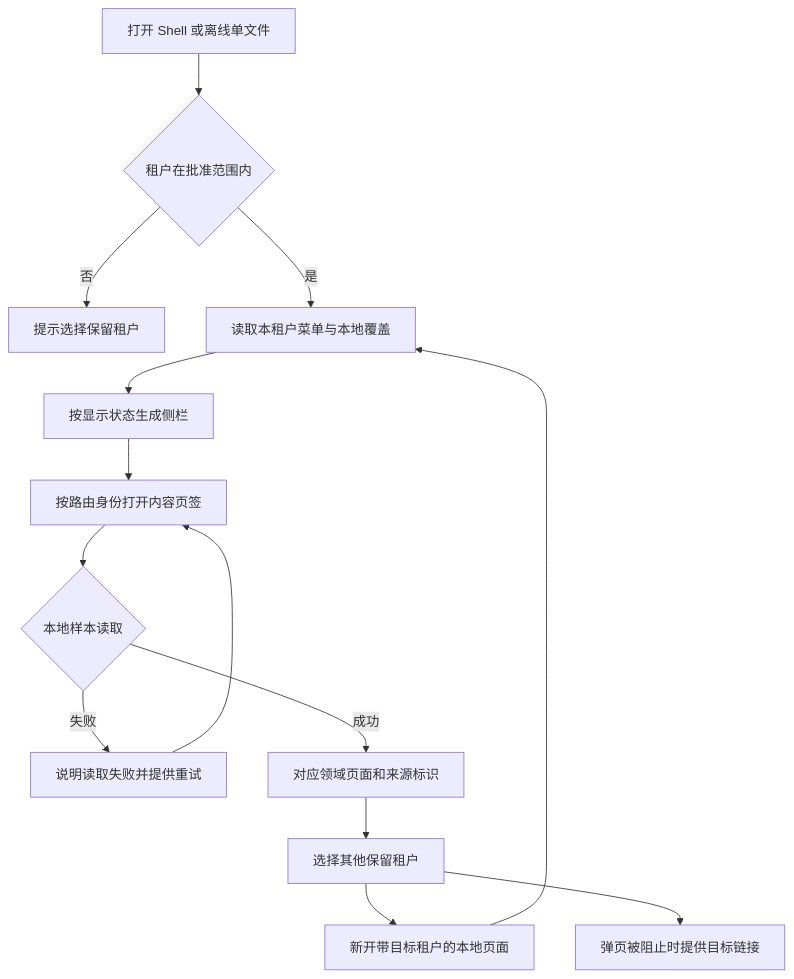
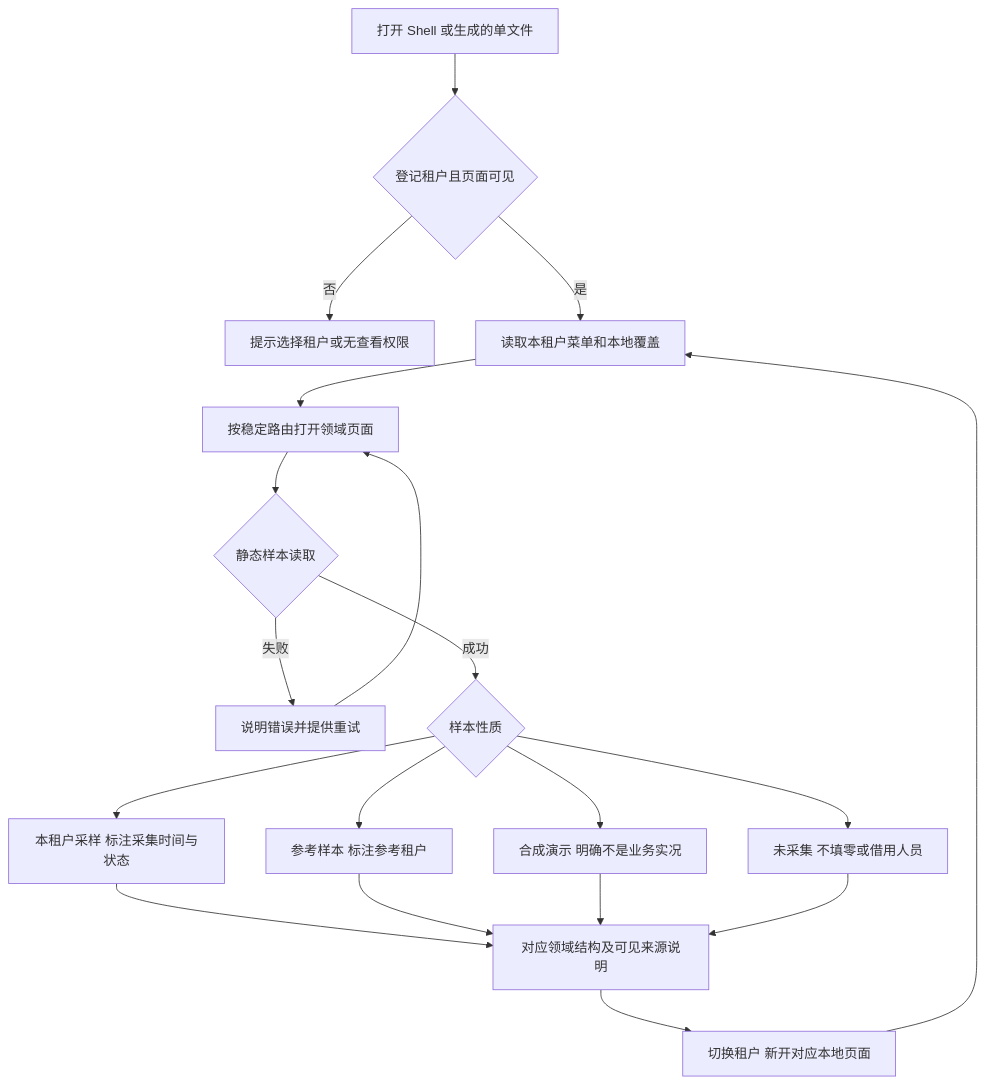
Before and after one commit to xfang9528-glitch/suiyin-admin: the first of 7 diagrams in flowcharts/admin-live-reference.md, drawn with Mermaid. The commit also changed other lines of this file and 195 other files, not shown here.

````diff
--- a/flowcharts/admin-live-reference.md
+++ b/flowcharts/admin-live-reference.md
@@ -7,16 +7,21 @@
 ```mermaid
 flowchart TD
-    Start[打开 Shell 或离线单文件] --> Tenant{租户在批准范围内}
-    Tenant -->|否| Denied[提示选择保留租户]
-    Tenant -->|是| Config[读取本租户菜单与本地覆盖]
-    Config --> Visible[按显示状态生成侧栏]
-    Visible --> Route[按路由身份打开内容页签]
-    Route --> Load{本地样本读取}
-    Load -->|失败| Retry[说明读取失败并提供重试]
+    Start[打开 Shell 或生成的单文件] --> Tenant{登记租户且页面可见}
+    Tenant -->|否| Denied[提示选择租户或无查看权限]
+    Tenant -->|是| Config[读取本租户菜单和本地覆盖]
+    Config --> Route[按稳定路由打开领域页面]
+    Route --> Load{静态样本读取}
+    Load -->|失败| Retry[说明错误并提供重试]
     Retry --> Route
-    Load -->|成功| Page[对应领域页面和来源标识]
-    Page --> Switch[选择其他保留租户]
-    Switch --> New[新开带目标租户的本地页面]
-    Switch --> Blocked[弹页被阻止时提供目标链接]
-    New --> Config
+    Load -->|成功| Source{样本性质}
+    Source --> Captured[本租户采样 标注采集时间与状态]
+    Source --> Reference[参考样本 标注参考租户]
+    Source --> Mock[合成演示 明确不是业务实况]
+    Source --> Missing[未采集 不填零或借用人员]
+    Captured --> Page[对应领域结构及可见来源说明]
+    Reference --> Page
+    Mock --> Page
+    Missing --> Page
+    Page --> Switch[切换租户 新开对应本地页面]
+    Switch --> Config
 ```
````
